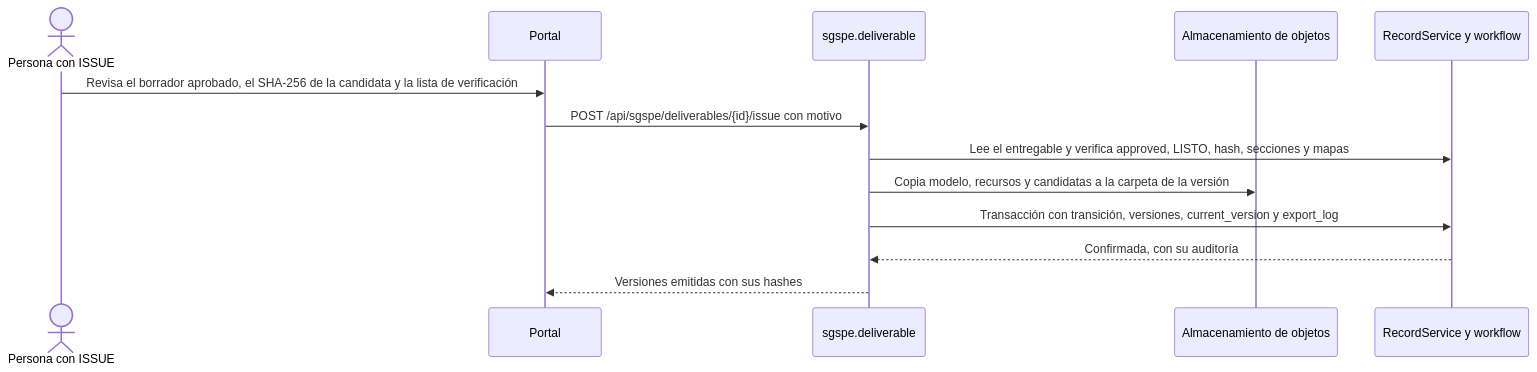
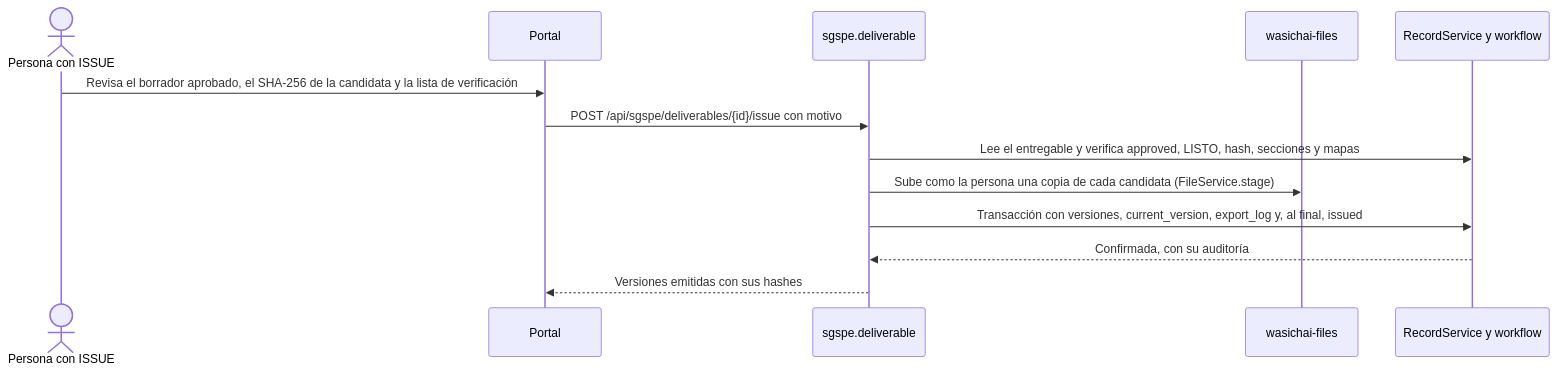
The third of 3 diagrams in docs/deliverables.md (wasichai/sgspe), drawn with Mermaid before and after one commit. The commit also changed other lines of this file, not shown here.

First line of the commit message:
docs: entregables de F8 en wasichai-files, con plantillas, mapas y emisión al día

````diff
--- a/docs/deliverables.md
+++ b/docs/deliverables.md
@@ -456,15 +532,15 @@
 ```mermaid
 sequenceDiagram
     actor E as Persona con ISSUE
     participant P as Portal
     participant D as sgspe.deliverable
-    participant S as Almacenamiento de objetos
+    participant S as wasichai-files
     participant R as RecordService y workflow
     E->>P: Revisa el borrador aprobado, el SHA-256 de la candidata y la lista de verificación
     P->>D: POST /api/sgspe/deliverables/{id}/issue con motivo
     D->>R: Lee el entregable y verifica approved, LISTO, hash, secciones y mapas
-    D->>S: Copia modelo, recursos y candidatas a la carpeta de la versión
-    D->>R: Transacción con transición, versiones, current_version y export_log
+    D->>S: Sube como la persona una copia de cada candidata (FileService.stage)
+    D->>R: Transacción con versiones, current_version, export_log y, al final, issued
     R-->>D: Confirmada, con su auditoría
     D-->>P: Versiones emitidas con sus hashes
 ```
````
